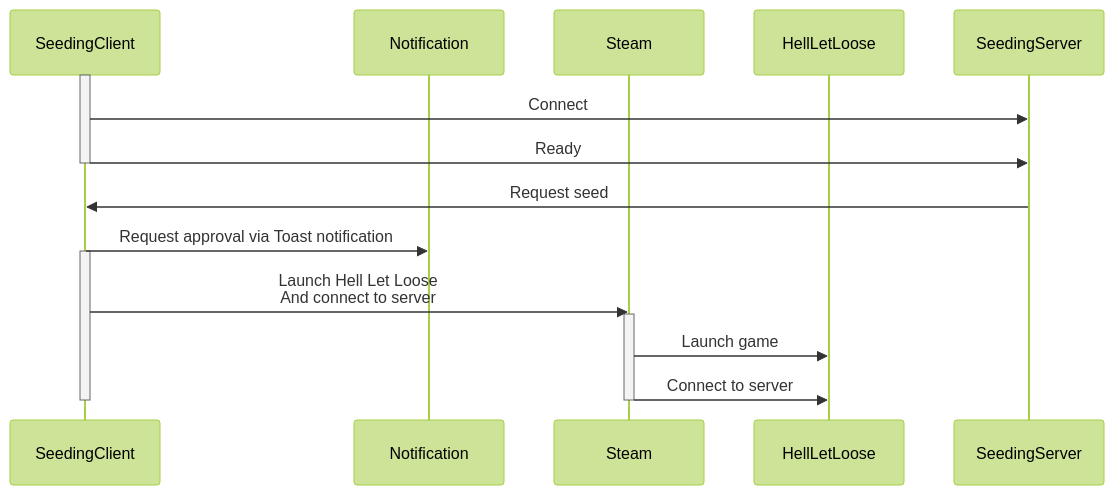
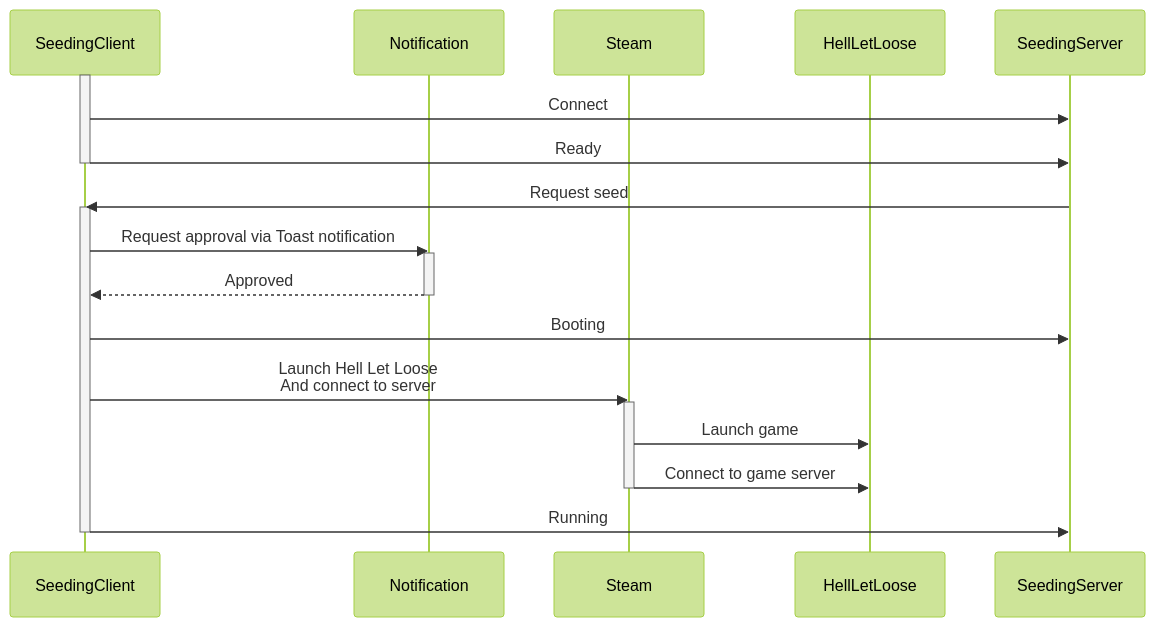
One commit to NanoBob/HellLetLooseSeedingClient changed the diagram in README.md. Above: the diagram before and after it, drawn with Mermaid (forest theme). The commit also changed other lines of this file and 4 other files, not shown here.

````diff
--- a/README.md
+++ b/README.md
@@ -74,24 +136,29 @@
 ```mermaid
 sequenceDiagram
     participant SeedingClient
     participant Notification
     participant Steam
     participant HellLetLoose
     participant SeedingServer
 
     activate SeedingClient
         SeedingClient->>SeedingServer: Connect
         SeedingClient->>SeedingServer: Ready
     deactivate SeedingClient
 
     SeedingServer->>SeedingClient: Request seed
-    SeedingClient->>Notification: Request approval via Toast notification
         
     activate SeedingClient
+        SeedingClient->>Notification: Request approval via Toast notification
+        activate Notification
+          Notification-->>SeedingClient: Approved
+        deactivate Notification
+        SeedingClient->>SeedingServer: Booting
         SeedingClient->>Steam: Launch Hell Let Loose<br>And connect to server
         activate Steam
             Steam->>HellLetLoose: Launch game
-            Steam->>HellLetLoose: Connect to server
+            Steam->>HellLetLoose: Connect to game server
         deactivate Steam
+        SeedingClient->>SeedingServer: Running
     deactivate SeedingClient
 ```
````
